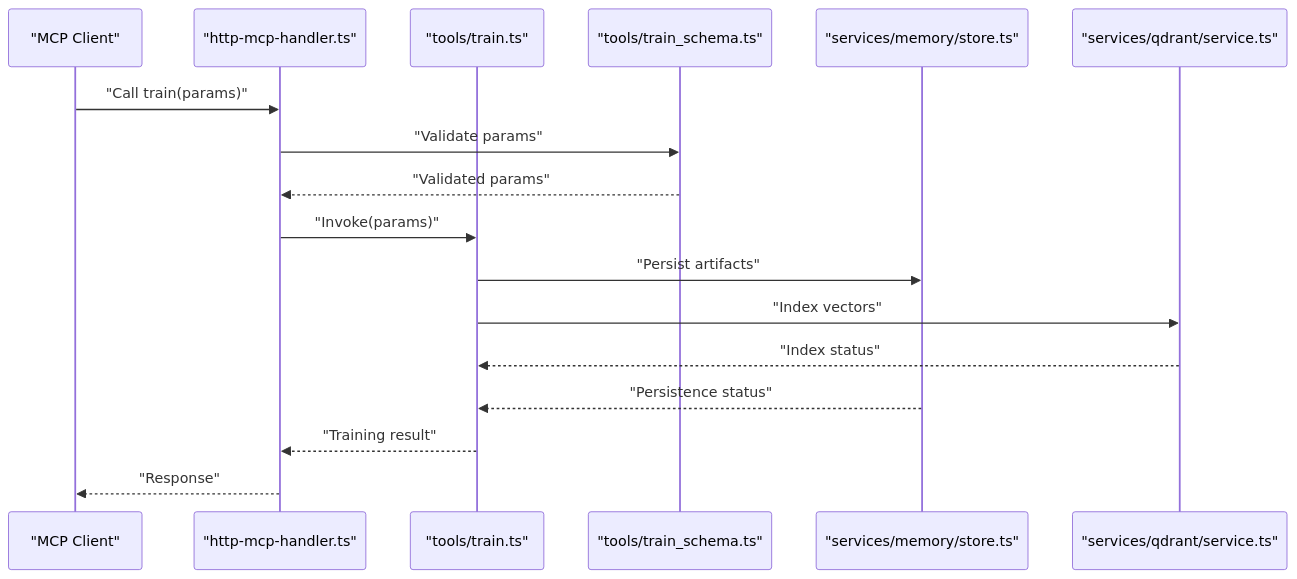
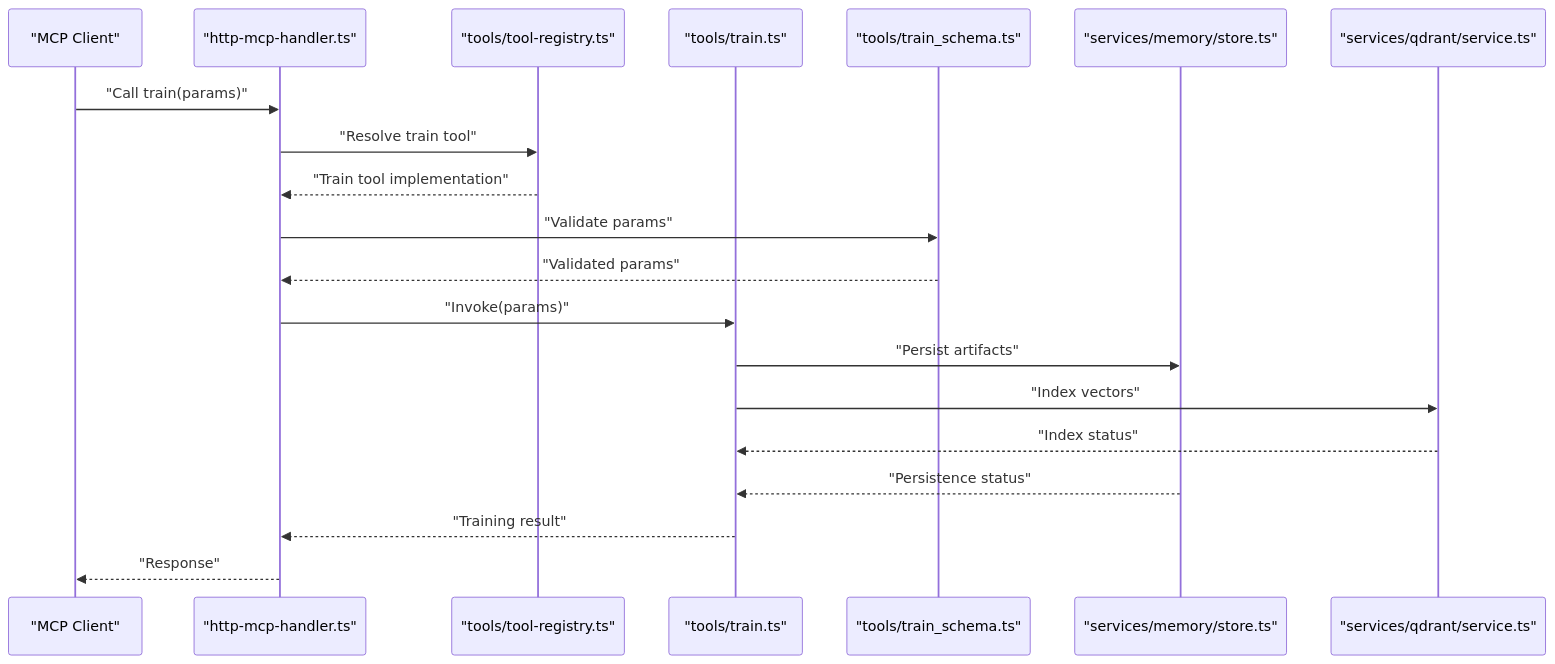
One commit to debian777/kairos-mcp changed the ninth of 14 diagrams in .qoder/repowiki/en/content/Project Overview/Core Concepts/Tool Development and Registry.md. Above: the diagram before and after it, drawn with Mermaid. The commit also changed other lines of this file and 7 other files, not shown here.

````diff
--- a/.qoder/repowiki/en/content/Project Overview/Core Concepts/Tool Development and Registry.md
+++ b/.qoder/repowiki/en/content/Project Overview/Core Concepts/Tool Development and Registry.md
@@ -393,19 +486,22 @@
 ```mermaid
 sequenceDiagram
 participant Client as "MCP Client"
 participant Handler as "http-mcp-handler.ts"
+participant Registry as "tools/tool-registry.ts"
 participant Tool as "tools/train.ts"
 participant Schema as "tools/train_schema.ts"
 participant Store as "services/memory/store.ts"
 participant Qdrant as "services/qdrant/service.ts"
 Client->>Handler : "Call train(params)"
+Handler->>Registry : "Resolve train tool"
+Registry-->>Handler : "Train tool implementation"
 Handler->>Schema : "Validate params"
 Schema-->>Handler : "Validated params"
 Handler->>Tool : "Invoke(params)"
 Tool->>Store : "Persist artifacts"
 Tool->>Qdrant : "Index vectors"
 Qdrant-->>Tool : "Index status"
 Store-->>Tool : "Persistence status"
 Tool-->>Handler : "Training result"
 Handler-->>Client : "Response"
 ```
````
